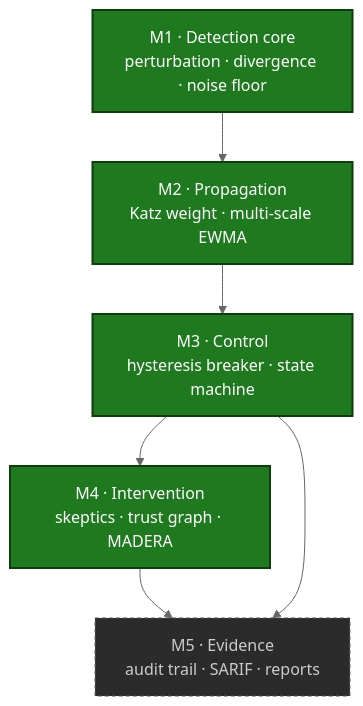
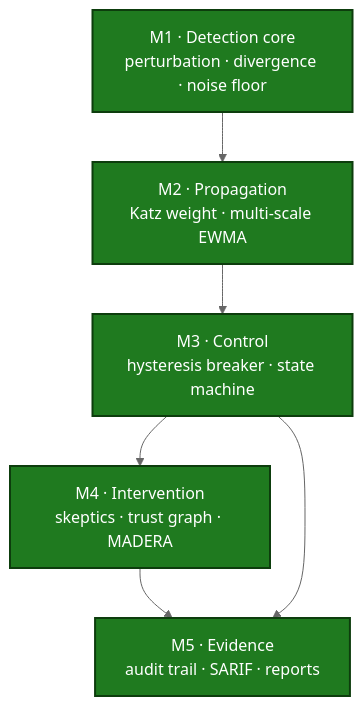
One commit to krishddd/weighted-emergent-bias changed the second of 2 diagrams in README.md. Above: the diagram before and after it, drawn with Mermaid (neutral theme). The commit also changed other lines of this file and 9 other files, not shown here.

````diff
--- a/README.md
+++ b/README.md
@@ -174,12 +174,12 @@
 ```mermaid
 flowchart TD
     M1["M1 · Detection core<br/>perturbation · divergence · noise floor"]:::done
     M2["M2 · Propagation<br/>Katz weight · multi-scale EWMA"]:::done
     M3["M3 · Control<br/>hysteresis breaker · state machine"]:::done
     M4["M4 · Intervention<br/>skeptics · trust graph · MADERA"]:::done
-    M5["M5 · Evidence<br/>audit trail · SARIF · reports"]:::todo
+    M5["M5 · Evidence<br/>audit trail · SARIF · reports"]:::done
     M1 --> M2 --> M3 --> M4 --> M5
     M3 --> M5
     classDef done fill:#1f7a1f,color:#fff,stroke:#0d3d0d,stroke-width:2px;
     classDef todo fill:#2b2b2b,color:#ccc,stroke:#555,stroke-dasharray:4 3;
 ```
````
